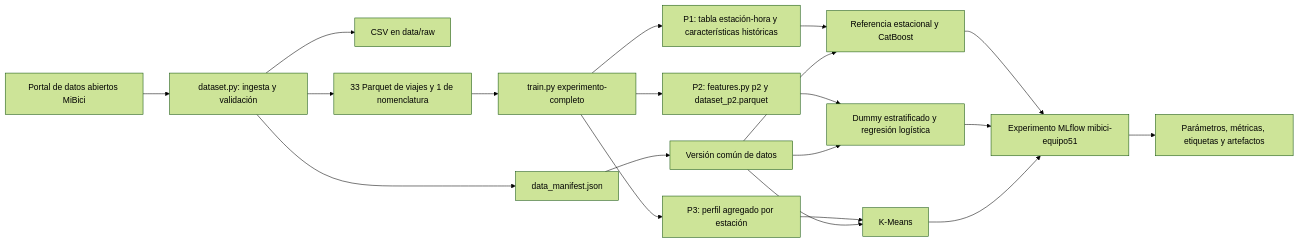
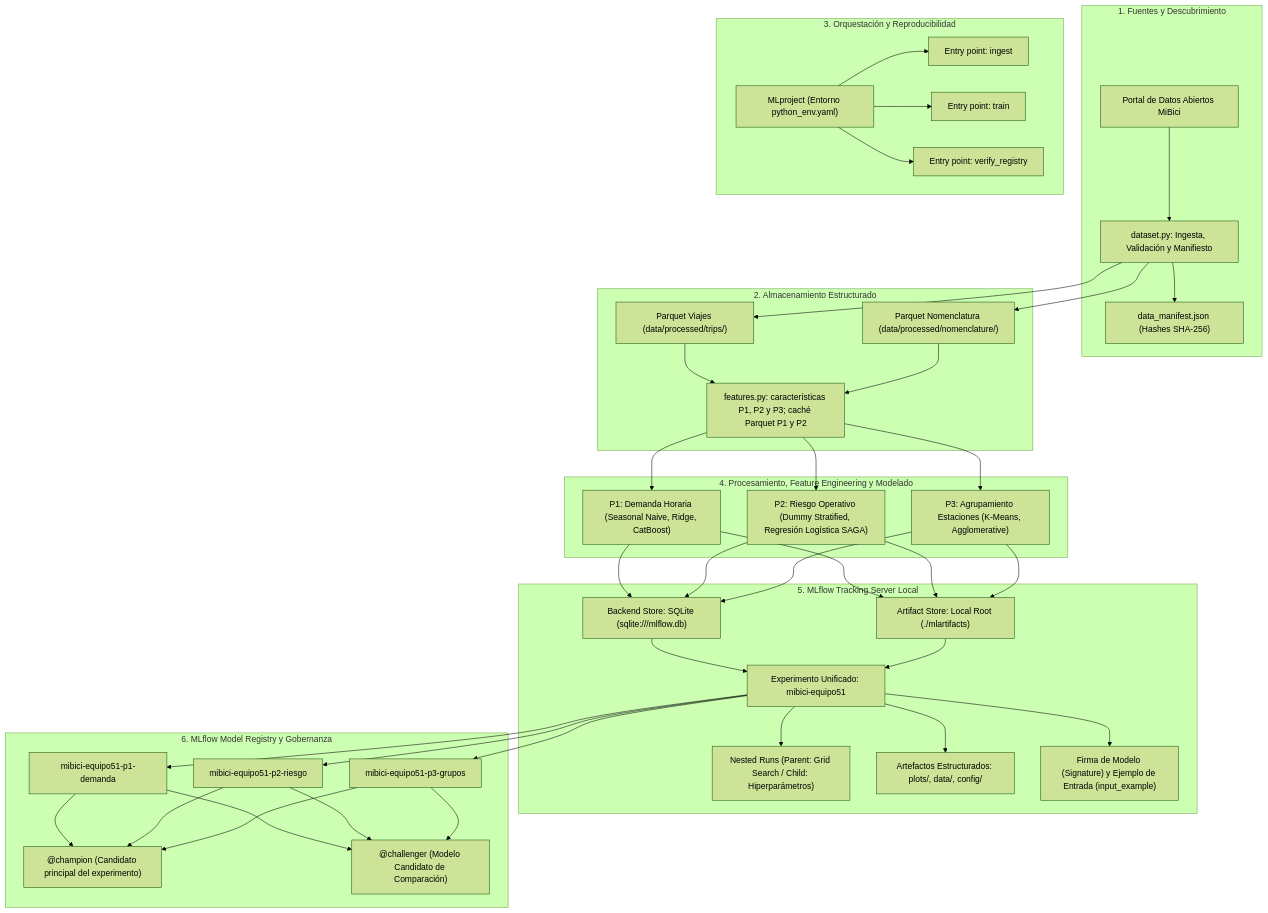
The diagram in README.md (arictamir/TC5061-Proyecto-Equipo51), drawn with Mermaid (forest theme) before and after one commit. The commit also changed other lines of this file, not shown here.

````diff
--- a/README.md
+++ b/README.md
@@ -125,22 +152,43 @@
 ```mermaid
-flowchart LR
-    A[Portal de datos abiertos MiBici] --> B[dataset.py: ingesta y validación]
-    B --> C[CSV en data/raw]
-    B --> D[33 Parquet de viajes y 1 de nomenclatura]
-    B --> E[data_manifest.json]
-    D --> F[train.py experimento-completo]
-    F --> G1[P1: tabla estación-hora y características históricas]
-    F --> G2[P2: features.py p2 y dataset_p2.parquet]
-    F --> G3[P3: perfil agregado por estación]
-    G1 --> H1[Referencia estacional y CatBoost]
-    G2 --> H2[Dummy estratificado y regresión logística]
-    G3 --> H3[K-Means]
-    E --> I[Versión común de datos]
-    I --> H1
-    I --> H2
-    I --> H3
-    H1 --> J[Experimento MLflow mibici-equipo51]
-    H2 --> J
-    H3 --> J
-    J --> K[Parámetros, métricas, etiquetas y artefactos]
+flowchart TD
+    subgraph S1["1. Fuentes y Descubrimiento"]
+        A["Portal de Datos Abiertos MiBici"] --> B["dataset.py: Ingesta, Validación y Manifiesto"]
+        B --> C["data_manifest.json (Hashes SHA-256)"]
+    end
+
+    subgraph S2["2. Almacenamiento Estructurado"]
+        B --> D1["Parquet Viajes (data/processed/trips/)"]
+        B --> D2["Parquet Nomenclatura (data/processed/nomenclature/)"]
+        D1 & D2 --> D3["features.py: características P1, P2 y P3; caché Parquet P1 y P2"]
+    end
+
+    subgraph S3["3. Orquestación y Reproducibilidad"]
+        E["MLproject (Entorno python_env.yaml)"] --> F1["Entry point: ingest"]
+        E --> F2["Entry point: train"]
+        E --> F3["Entry point: verify_registry"]
+    end
+
+    subgraph S4["4. Procesamiento, Feature Engineering y Modelado"]
+        D3 --> G1["P1: Demanda Horaria (Seasonal Naive, Ridge, CatBoost)"]
+        D3 --> G2["P2: Riesgo Operativo (Dummy Stratified, Regresión Logística SAGA)"]
+        D3 --> G3["P3: Agrupamiento Estaciones (K-Means, Agglomerative)"]
+    end
+
+    subgraph S5["5. MLflow Tracking Server Local"]
+        H1["Backend Store: SQLite (sqlite:///mlflow.db)"]
+        H2["Artifact Store: Local Root (./mlartifacts)"]
+        G1 & G2 & G3 --> H1 & H2
+        H1 & H2 --> I["Experimento Unificado: mibici-equipo51"]
+        I --> I1["Nested Runs (Parent: Grid Search / Child: Hiperparámetros)"]
+        I --> I2["Artefactos Estructurados: plots/, data/, config/"]
+        I --> I3["Firma de Modelo (Signature) y Ejemplo de Entrada (input_example)"]
+    end
+
+    subgraph S6["6. MLflow Model Registry y Gobernanza"]
+        I --> J1["mibici-equipo51-p1-demanda"]
+        I --> J2["mibici-equipo51-p2-riesgo"]
+        I --> J3["mibici-equipo51-p3-grupos"]
+        J1 & J2 & J3 --> K1["@champion (Candidato principal del experimento)"]
+        J1 & J2 & J3 --> K2["@challenger (Modelo Candidato de Comparación)"]
+    end
 ```
````
